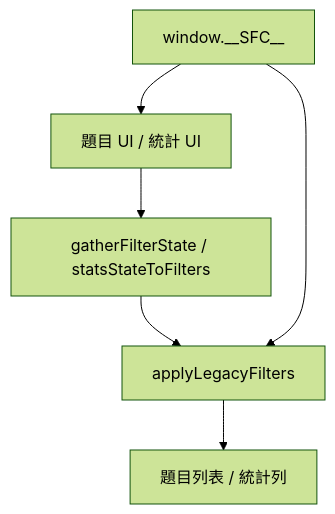
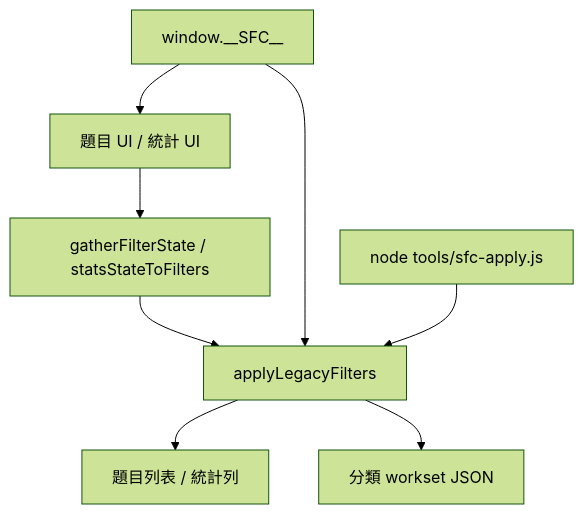
One commit to mas-repo/econ-database2 changed the diagram in js/filter-contract.kb.md. Above: the diagram before and after it, drawn with Mermaid (forest theme). The commit also changed other lines of this file and 7 other files, not shown here.

First line of the commit message:
Add a headless Shared Filter Contract apply CLI. (#99)

````diff
--- a/js/filter-contract.kb.md
+++ b/js/filter-contract.kb.md
@@ -9,12 +9,15 @@
 ```mermaid
 flowchart TD
   UI[題目 UI / 統計 UI]
   SFC["window.__SFC__"]
+  CLI["node tools/sfc-apply.js"]
   Legacy[gatherFilterState / statsStateToFilters]
   Apply[applyLegacyFilters]
   List[題目列表 / 統計列]
+  Workset[分類 workset JSON]
 
   UI --> Legacy --> Apply --> List
   SFC --> Apply
   SFC --> UI
+  CLI --> Apply --> Workset
 ```
````
